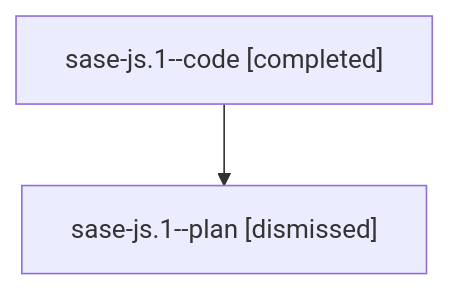
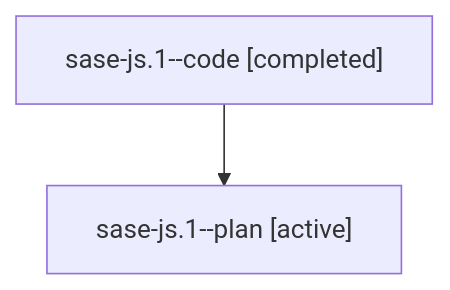
Before and after one commit to sase-org/sase--agents: the diagram in families/bbugyi200.athena.sase-js.1.md, drawn with Mermaid. The commit also changed other lines of this file and 35830 other files, not shown here.

````diff
--- a/families/bbugyi200.athena.sase-js.1.md
+++ b/families/bbugyi200.athena.sase-js.1.md
@@ -9,6 +9,6 @@
 ```mermaid
 flowchart TD
   n0["sase-js.1--code [completed]"]
-  n1["sase-js.1--plan [dismissed]"]
+  n1["sase-js.1--plan [active]"]
   n0 --> n1
 ```
````
